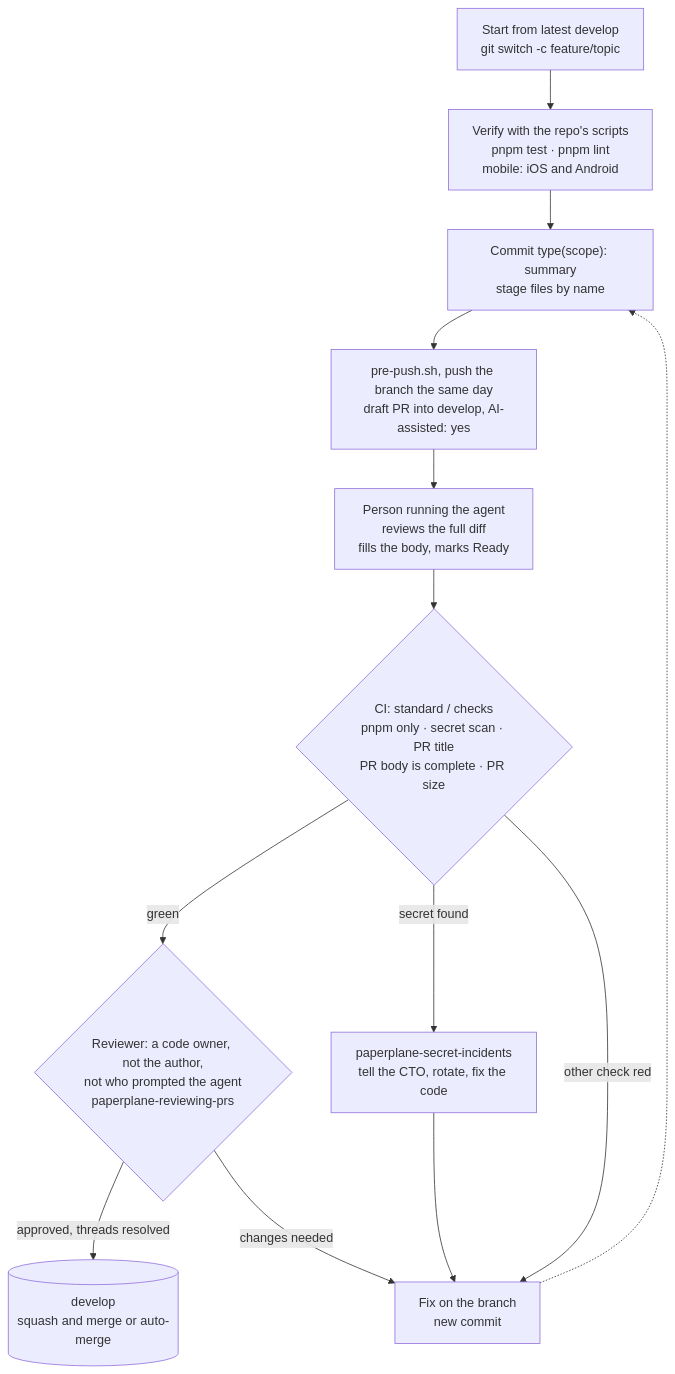
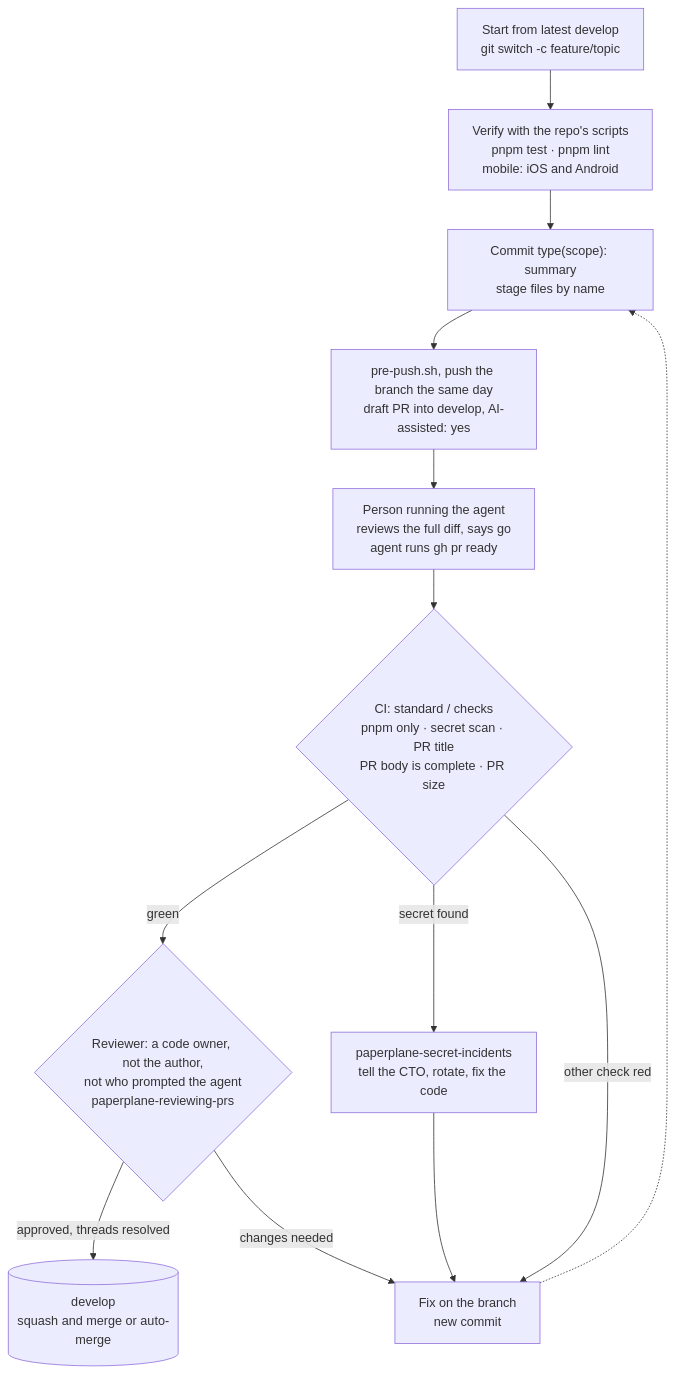
Before and after one commit to Jacob-Valor/paperplane-engineering-workflow-skills: the first of 2 diagrams in README.md, drawn with Mermaid. The commit also changed other lines of this file and 8 other files, not shown here.

````diff
--- a/README.md
+++ b/README.md
@@ -95,15 +113,15 @@
 ```mermaid
 flowchart TD
   A["Start from latest develop<br/>git switch -c feature/topic"] --> B["Verify with the repo's scripts<br/>pnpm test · pnpm lint<br/>mobile: iOS and Android"]
   B --> C["Commit type(scope): summary<br/>stage files by name"]
   C --> F["pre-push.sh, push the branch the same day<br/>draft PR into develop, AI-assisted: yes"]
-  F --> E["Person running the agent<br/>reviews the full diff<br/>fills the body, marks Ready"]
+  F --> E["Person running the agent<br/>reviews the full diff, says go<br/>agent runs gh pr ready"]
   E --> G{"CI: standard / checks<br/>pnpm only · secret scan · PR title<br/>PR body is complete · PR size"}
   G -->|"green"| R{"Reviewer: a code owner, not the author,<br/>not who prompted the agent<br/>paperplane-reviewing-prs"}
   R -->|"approved, threads resolved"| D[("develop<br/>squash and merge or auto-merge")]
   G -->|"secret found"| S["paperplane-secret-incidents<br/>tell the CTO, rotate, fix the code"]
   G -->|"other check red"| X["Fix on the branch<br/>new commit"]
   R -->|"changes needed"| X
   S --> X
   X -.-> C
 ```
````
